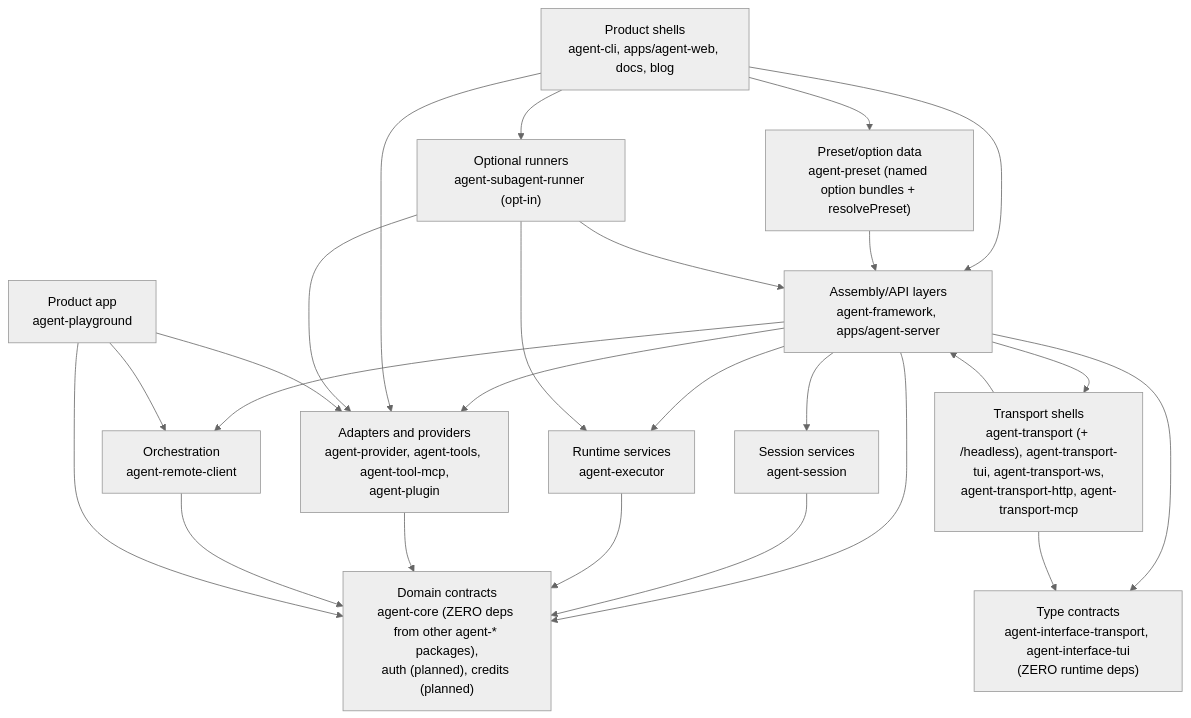
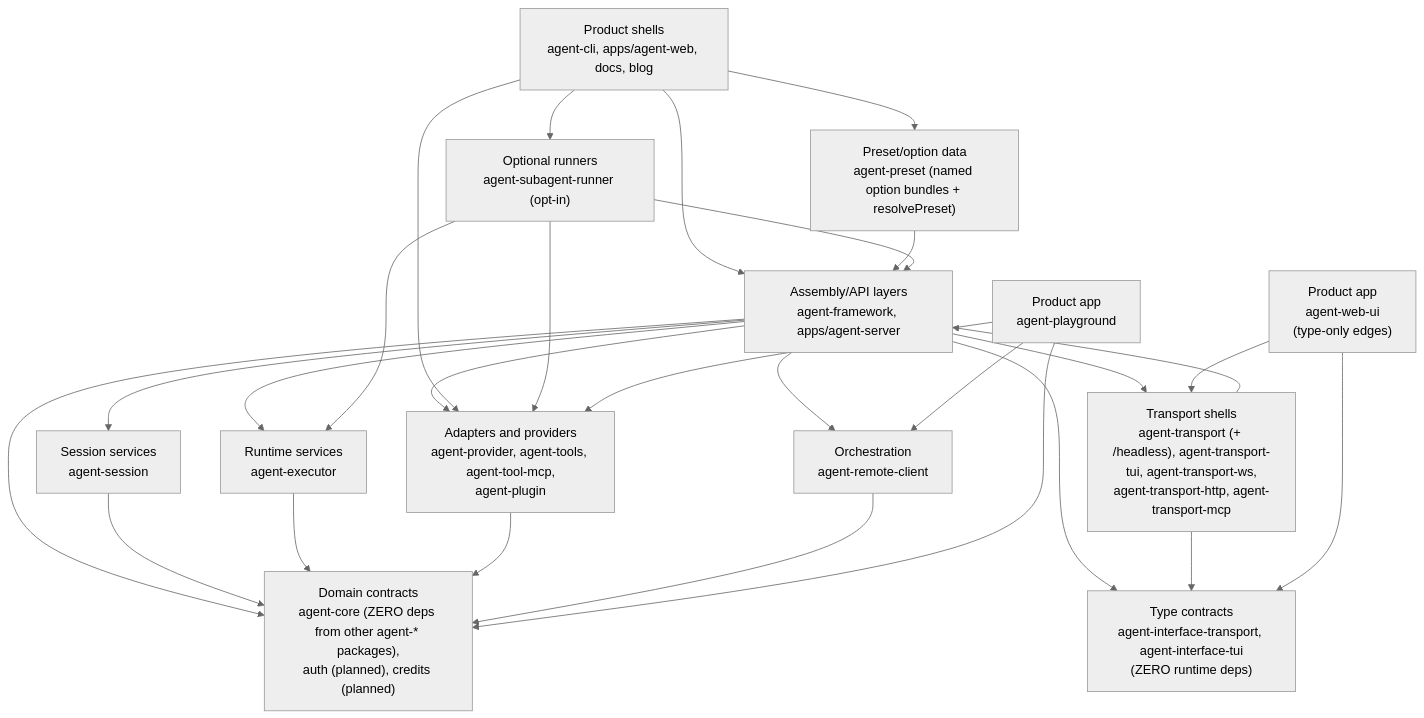
The diagram in .agents/specs/architecture-map/dependency-direction.md (woojubb/robota), drawn with Mermaid (neutral theme) before and after one commit. The commit also changed other lines of this file and 13 other files, not shown here.

````diff
--- a/.agents/specs/architecture-map/dependency-direction.md
+++ b/.agents/specs/architecture-map/dependency-direction.md
@@ -9,40 +9,43 @@
 ```mermaid
 flowchart TD
   ProductShells["Product shells\nagent-cli, apps/agent-web, docs, blog"]
   Playground["Product app\nagent-playground"]
+  WebUi["Product app\nagent-web-ui\n(type-only edges)"]
   Assembly["Assembly/API layers\nagent-framework, apps/agent-server"]
   Preset["Preset/option data\nagent-preset (named option bundles + resolvePreset)"]
   TransportShells["Transport shells\nagent-transport (+ /headless), agent-transport-tui, agent-transport-ws,\nagent-transport-http, agent-transport-mcp"]
   TypeContracts["Type contracts\nagent-interface-transport, agent-interface-tui\n(ZERO runtime deps)"]
   Orchestration["Orchestration\nagent-remote-client"]
   Sessions["Session services\nagent-session"]
   Executor["Runtime services\nagent-executor"]
   Domain["Domain contracts\nagent-core (ZERO deps from other agent-* packages),\nauth (planned), credits (planned)"]
   Adapters["Adapters and providers\nagent-provider, agent-tools, agent-tool-mcp,\nagent-plugin"]
   OptIn["Optional runners\nagent-subagent-runner (opt-in)"]
 
   ProductShells --> Assembly
   Preset --> Assembly
   ProductShells --> Preset
   Assembly --> Sessions
   Assembly --> Executor
   Assembly --> Domain
   Assembly --> TypeContracts
   Sessions --> Domain
   Executor --> Domain
   Assembly --> Adapters
   ProductShells --> Adapters
   ProductShells --> OptIn
   Adapters --> Domain
   TransportShells --> Assembly
   TransportShells --> TypeContracts
   Assembly --> TransportShells
   Orchestration --> Domain
   Assembly --> Orchestration
   OptIn --> Assembly
   OptIn --> Executor
   OptIn --> Adapters
   Playground --> Domain
   Playground --> Adapters
   Playground --> Orchestration
+  WebUi --> TypeContracts
+  WebUi --> TransportShells
 ```
````
